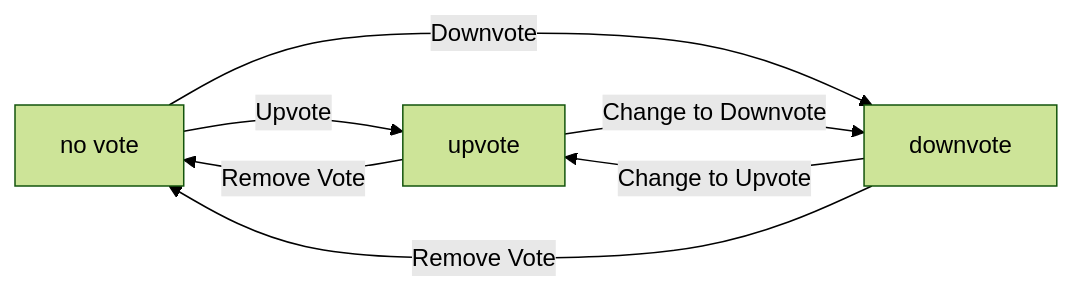
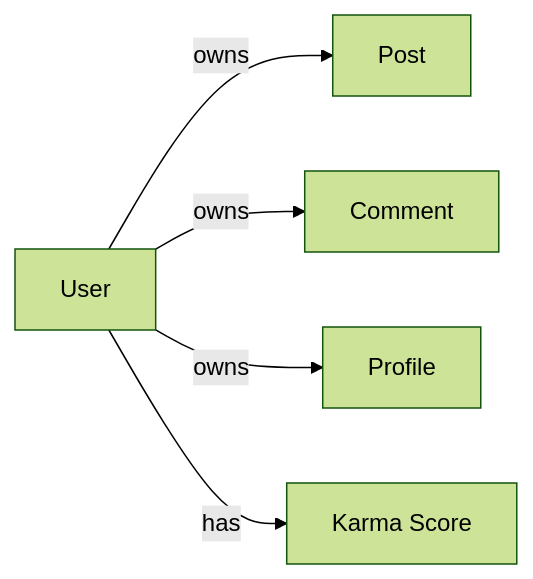
One commit to wrtnlabs/autobe-examples changed the third of 6 diagrams in qwen/qwen3.5-122b-a10b/reddit/docs/analysis/02-domain-model.md. Above: the diagram before and after it, drawn with Mermaid (forest theme). The commit also changed other lines of this file and 32093 other files, not shown here.

````diff
--- a/qwen/qwen3.5-122b-a10b/reddit/docs/analysis/02-domain-model.md
+++ b/qwen/qwen3.5-122b-a10b/reddit/docs/analysis/02-domain-model.md
@@ -1452,9 +205,7 @@
 ```mermaid
 flowchart LR
-    A["no vote"] -->|"Upvote"| B["upvote"]
-    A["no vote"] -->|"Downvote"| C["downvote"]
-    B["upvote"] -->|"Change to Downvote"| C["downvote"]
-    B["upvote"] -->|"Remove Vote"| A["no vote"]
-    C["downvote"] -->|"Change to Upvote"| B["upvote"]
-    C["downvote"] -->|"Remove Vote"| A["no vote"]
+    A["User"] -->|"owns"| B["Post"]
+    A -->|"owns"| C["Comment"]
+    A -->|"owns"| D["Profile"]
+    A -->|"has"| E["Karma Score"]
 ```
````
